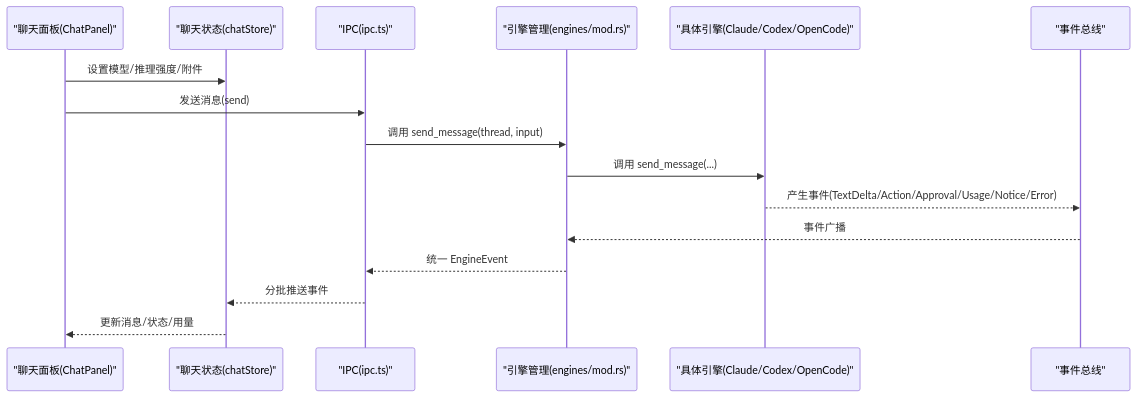
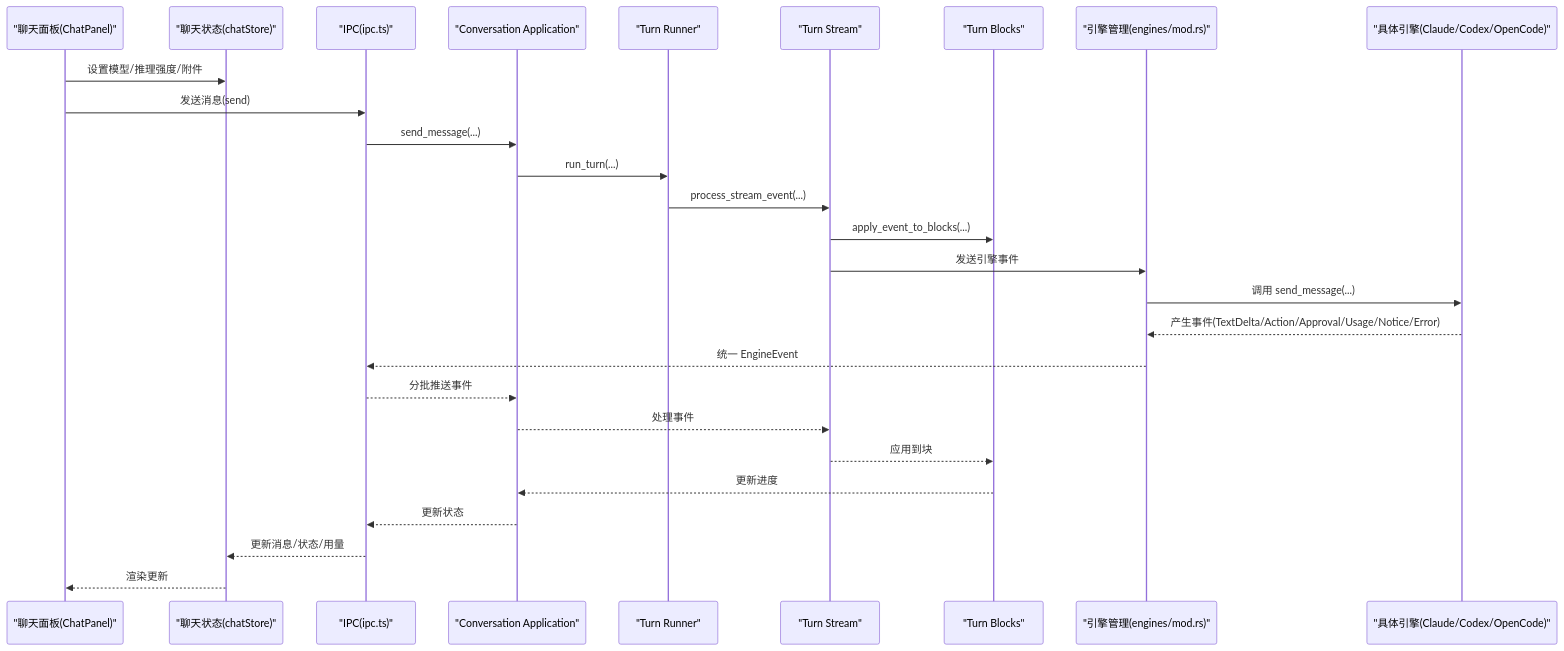
The second of 8 diagrams in .qoder/repowiki/zh/content/核心功能/聊天和 AI 集成/聊天和 AI 集成.md (yattin/panes), drawn with Mermaid before and after one commit. The commit also changed other lines of this file and 45 other files, not shown here.

````diff
--- a/.qoder/repowiki/zh/content/核心功能/聊天和 AI 集成/聊天和 AI 集成.md
+++ b/.qoder/repowiki/zh/content/核心功能/聊天和 AI 集成/聊天和 AI 集成.md
@@ -104,18 +165,29 @@
 ```mermaid
 sequenceDiagram
 participant UI as "聊天面板(ChatPanel)"
 participant Store as "聊天状态(chatStore)"
 participant IPC as "IPC(ipc.ts)"
+participant CAM as "Conversation Application"
+participant TRR as "Turn Runner"
+participant TSR as "Turn Stream"
+participant TBR as "Turn Blocks"
 participant EngMgr as "引擎管理(engines/mod.rs)"
 participant Eng as "具体引擎(Claude/Codex/OpenCode)"
-participant Bus as "事件总线"
 UI->>Store : 设置模型/推理强度/附件
 UI->>IPC : 发送消息(send)
-IPC->>EngMgr : 调用 send_message(thread, input)
+IPC->>CAM : send_message(...)
+CAM->>TRR : run_turn(...)
+TRR->>TSR : process_stream_event(...)
+TSR->>TBR : apply_event_to_blocks(...)
+TSR->>EngMgr : 发送引擎事件
 EngMgr->>Eng : 调用 send_message(...)
-Eng-->>Bus : 产生事件(TextDelta/Action/Approval/Usage/Notice/Error)
-Bus-->>EngMgr : 事件广播
+Eng-->>EngMgr : 产生事件(TextDelta/Action/Approval/Usage/Notice/Error)
 EngMgr-->>IPC : 统一 EngineEvent
-IPC-->>Store : 分批推送事件
-Store-->>UI : 更新消息/状态/用量
+IPC-->>CAM : 分批推送事件
+CAM-->>TSR : 处理事件
+TSR-->>TBR : 应用到块
+TBR-->>CAM : 更新进度
+CAM-->>IPC : 更新状态
+IPC-->>Store : 更新消息/状态/用量
+Store-->>UI : 渲染更新
 ```
````
